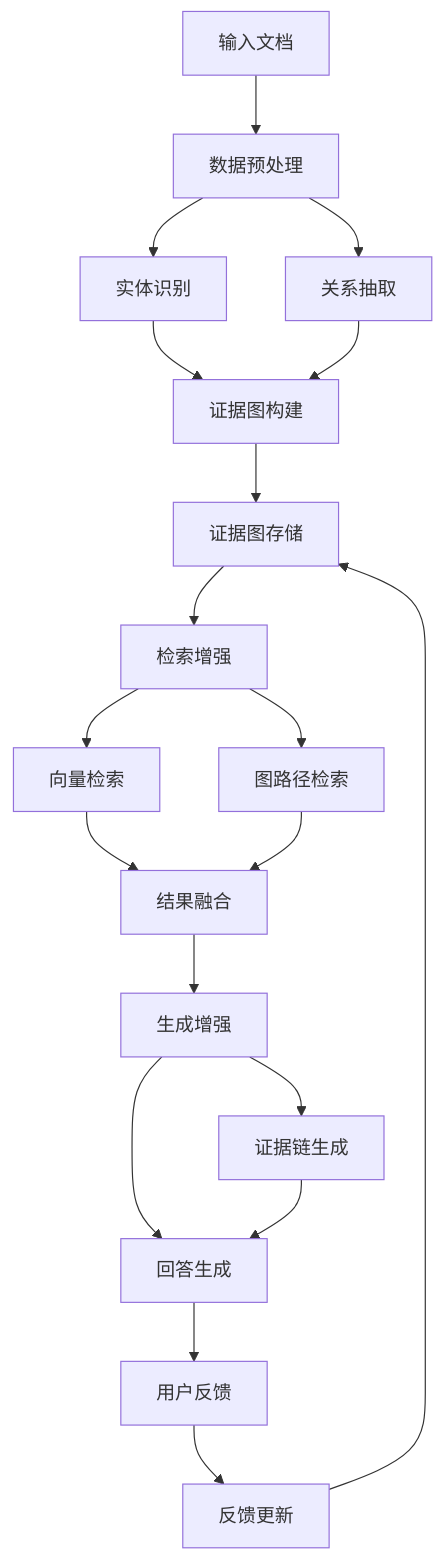
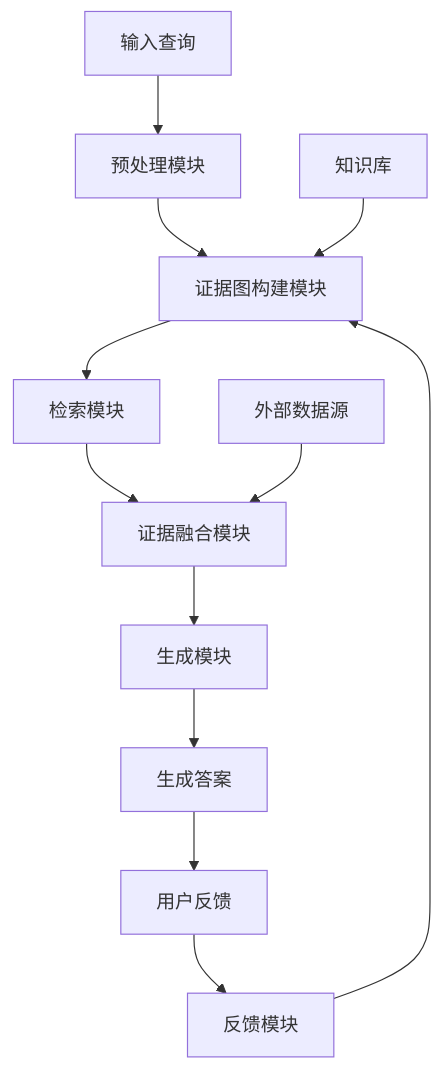
Before and after one commit to valkryhx/patent_agents: the diagram in output/progress/以证据图增强的rag系统_ada191f4/03_summary.md, drawn with Mermaid. The commit also changed other lines of this file and 3 other files, not shown here.

````diff
--- a/output/progress/以证据图增强的rag系统_ada191f4/03_summary.md
+++ b/output/progress/以证据图增强的rag系统_ada191f4/03_summary.md
@@ -11,21 +13,14 @@
 ```mermaid
 graph TD
-    A[输入文档] --> B[数据预处理]
-    B --> C[实体识别]
-    B --> D[关系抽取]
-    C --> E[证据图构建]
-    D --> E
-    E --> F[证据图存储]
-    F --> G[检索增强]
-    G --> H[向量检索]
-    G --> I[图路径检索]
-    H --> J[结果融合]
-    I --> J
-    J --> K[生成增强]
-    K --> L[证据链生成]
-    K --> M[回答生成]
-    L --> M
-    M --> N[用户反馈]
-    N --> O[反馈更新]
-    O --> F
+    A[输入查询] --> B[预处理模块]
+    B --> C[证据图构建模块]
+    D[知识库] --> C
+    C --> E[检索模块]
+    E --> F[证据融合模块]
+    G[外部数据源] --> F
+    F --> H[生成模块]
+    H --> I[生成答案]
+    I --> J[用户反馈]
+    J --> K[反馈模块]
+    K --> C
 ```
````
